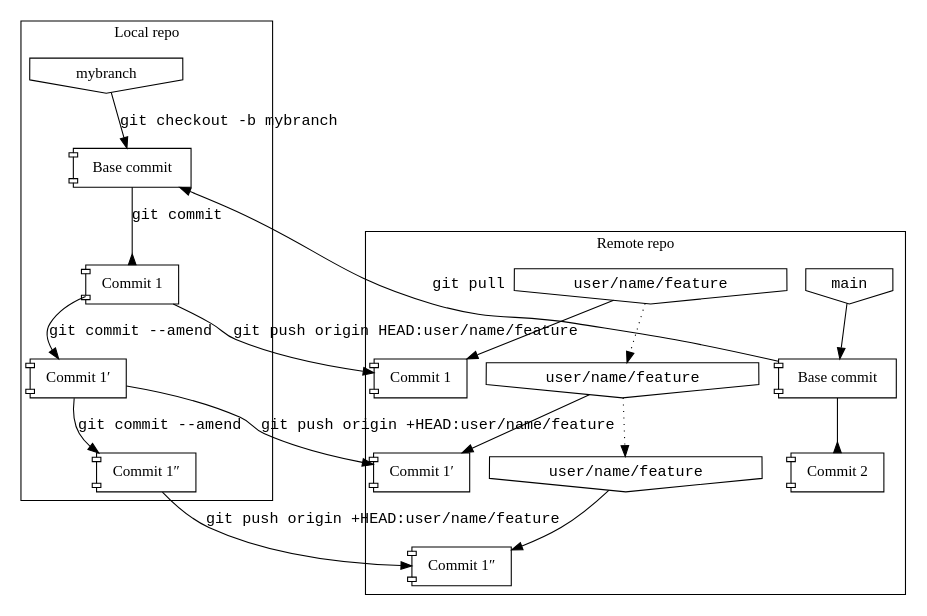
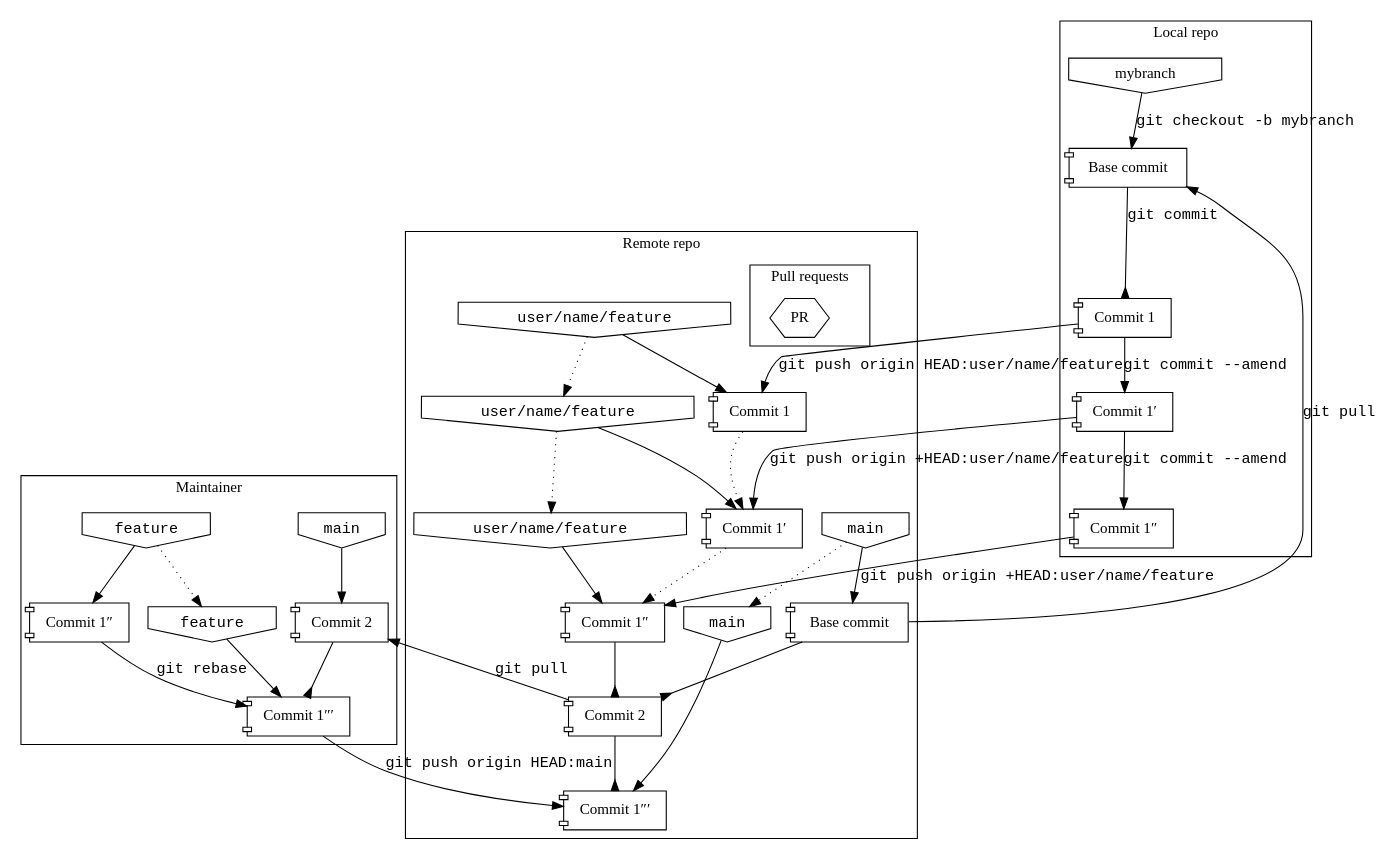
The seventh of 7 diagrams in source/gitanatomy.rst (mathling-programming/lectures), drawn with Graphviz before and after one commit. The commit also changed other lines of this file, not shown here.

Commit message:
update lecture 1 notes

```diff
--- a/source/gitanatomy.rst
+++ b/source/gitanatomy.rst
@@ -403,16 +403,54 @@
          userbranch -> userbranch1 [ style = dotted ]
          userbranch1 -> userbranch2 [ style = dotted ]
 
+         commit1a -> commit1primea [ style = dotted ]
+         commit1primea -> commit1prime2a [ style = dotted ]
+
          commit2a [ label = "Commit 2" ]
          base -> commit2a [ arrowhead = inv ]
+
+         commit1x [ label = "Commit 1&Prime;&prime;" ]
+         commit2a -> commit1x [ arrowhead = inv ]
+
+         main2 [ shape = invhouse, label = "main", fontname = "monospace" ]
+         main2 -> commit1x
+         main -> main2 [ style = dotted ]
+
+         subgraph cluster_pr {
+             label = "Pull requests"
+             pr [ shape = hexagon, label = "PR" ]
+
+         }
       }
+
 
       subgraph cluster_maintainer {
          label = "Maintainer"
+
+         commit2b [ label = "Commit 2" ]
+         commit1prime3 [ label = "Commit 1&Prime;" ]
+         commit1prime4 [ label = "Commit 1&Prime;&prime;" ]
+         commit1prime3 -> commit1prime4 [ label = "git rebase" ]
+         commit2b -> commit1prime4 [ arrowhead = inv ]
+         userbranchb [ shape = invhouse, label = "feature", fontname = "monospace" ]
+
+         userbranchb -> commit1prime3
+
+         mainb [ shape = invhouse, label = "main", fontname = "monospace" ]
+         mainb -> commit2b
+
+         userbranchc [ shape = invhouse, label = "feature", fontname = "monospace" ]
+         userbranchc -> commit1prime4
+
+         userbranchb -> userbranchc [ style = dotted ]
       }
 
       base -> base0 [ label = "git pull" ]
       commit1 -> commit1a [ label = "git push origin HEAD:user/name/feature"]
       commit1prime -> commit1primea [ label = "git push origin +HEAD:user/name/feature"]
       commit1prime2 -> commit1prime2a [ label = "git push origin +HEAD:user/name/feature"]
+
+      commit2a -> commit2b [ label = "git pull" ]
+      commit1prime4 -> commit1x [ label = "git push origin HEAD:main" ]
+      commit1prime2a -> commit2a [ arrowhead = inv ]
    }
```
